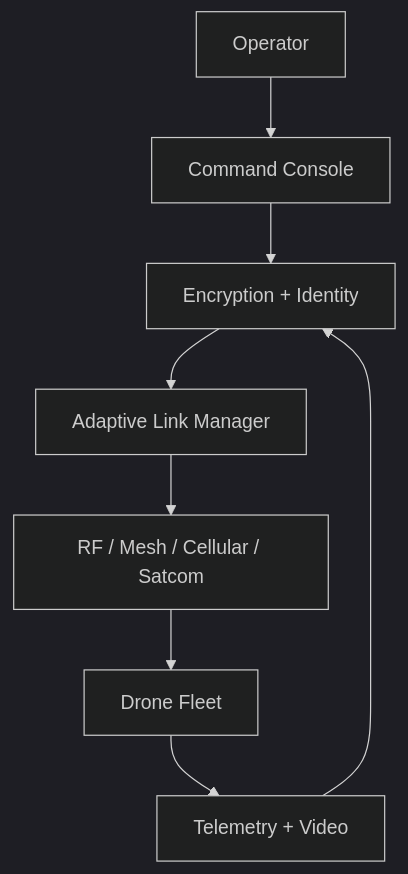
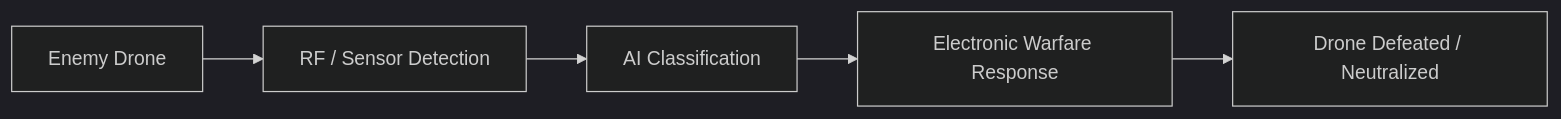
Before and after one commit to vjk7989/project-flex: diagram 12 of 14 in HyperLink.md, drawn with Mermaid (dark theme). The commit also changed other lines of this file, not shown here.

````diff
--- a/HyperLink.md
+++ b/HyperLink.md
@@ -373,10 +540,7 @@
 ```mermaid
-flowchart TD
-    A["Operator"] --> B["Command Console"]
-    B --> C["Encryption + Identity"]
-    C --> D["Adaptive Link Manager"]
-    D --> E["RF / Mesh / Cellular / Satcom"]
-    E --> F["Drone Fleet"]
-    F --> G["Telemetry + Video"]
-    G --> C
+flowchart LR
+    A["Enemy Drone"] --> B["RF / Sensor Detection"]
+    B --> C["AI Classification"]
+    C --> D["Electronic Warfare Response"]
+    D --> E["Drone Defeated / Neutralized"]
 ```
````
